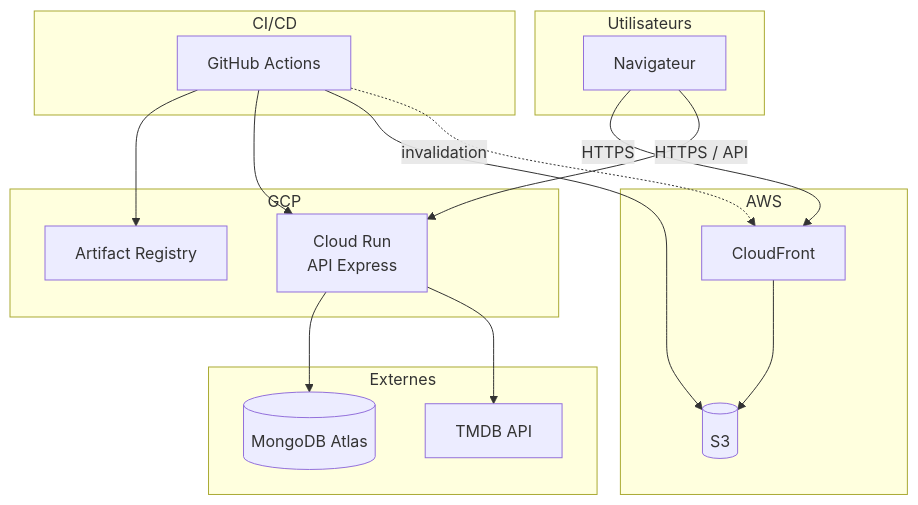
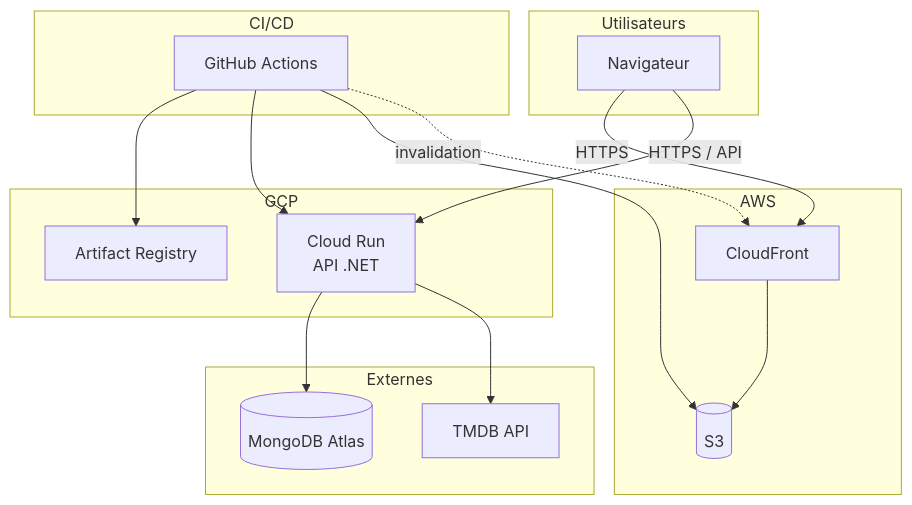
The diagram in docs/mvp/architecture.md (Affy657/Movie-Picker), drawn with Mermaid before and after one commit. The commit also changed other lines of this file and 18 other files, not shown here.

````diff
--- a/docs/mvp/architecture.md
+++ b/docs/mvp/architecture.md
@@ -12,35 +12,35 @@
 ```mermaid
 flowchart TB
     subgraph Users["Utilisateurs"]
         U[Navigateur]
     end
 
     subgraph AWS["AWS"]
         CF[CloudFront]
         S3[(S3)]
         CF --> S3
     end
 
     subgraph GCP["GCP"]
-        CR[Cloud Run<br/>API Express]
+        CR[Cloud Run<br/>API .NET]
         AR[Artifact Registry]
     end
 
     subgraph External["Externes"]
         MongoDB[(MongoDB Atlas)]
         TMDB[TMDB API]
     end
 
     subgraph CICD["CI/CD"]
         GA[GitHub Actions]
         GA --> AR
         GA --> CR
         GA --> S3
         GA -.->|invalidation| CF
     end
 
     U -->|HTTPS| CF
     U -->|HTTPS / API| CR
     CR --> MongoDB
     CR --> TMDB
 ```
````
